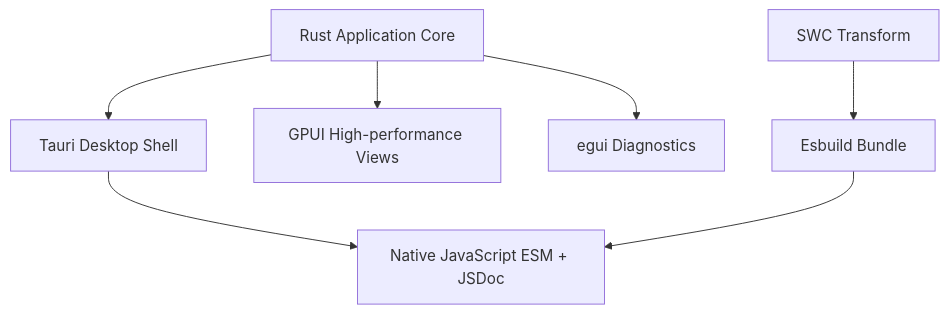
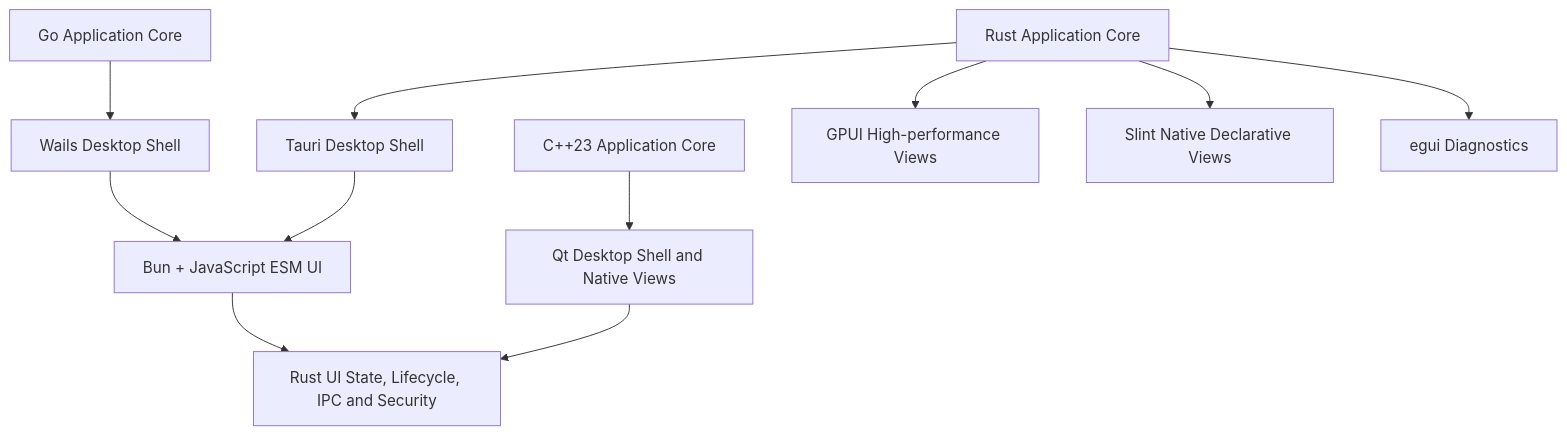
One commit to guilty442-source/GPTBridge changed the second of 5 diagrams in governance_rule/codex/architecture-languages.md. Above: the diagram before and after it, drawn with Mermaid. The commit also changed other lines of this file and 92 other files, not shown here.

````diff
--- a/governance_rule/codex/architecture-languages.md
+++ b/governance_rule/codex/architecture-languages.md
@@ -56,9 +56,13 @@
 ```mermaid
 flowchart TB
   RUST[Rust Application Core] --> TAURI[Tauri Desktop Shell]
-  TAURI --> JS[Native JavaScript ESM + JSDoc]
+  GO[Go Application Core] --> WAILS[Wails Desktop Shell]
+  CPP[C++23 Application Core] --> QT[Qt Desktop Shell and Native Views]
+  TAURI --> BUN[Bun + JavaScript ESM UI]
+  WAILS --> BUN
+  QT --> RUSTUI
+  BUN --> RUSTUI[Rust UI State, Lifecycle, IPC and Security]
   RUST --> GPUI[GPUI High-performance Views]
+  RUST --> SLINT[Slint Native Declarative Views]
   RUST --> EGUI[egui Diagnostics]
-  SWC[SWC Transform] --> ESBUILD[Esbuild Bundle]
-  ESBUILD --> JS
 ```
````
